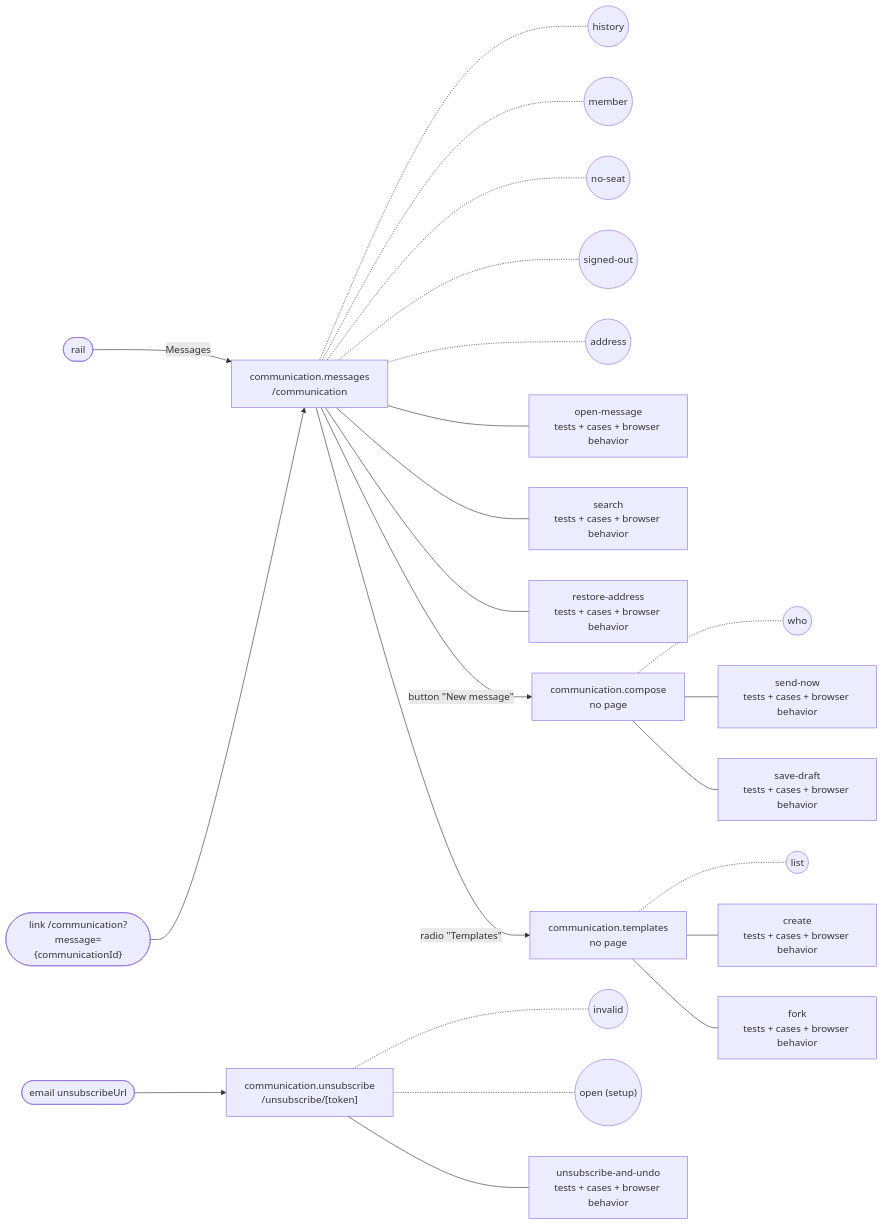
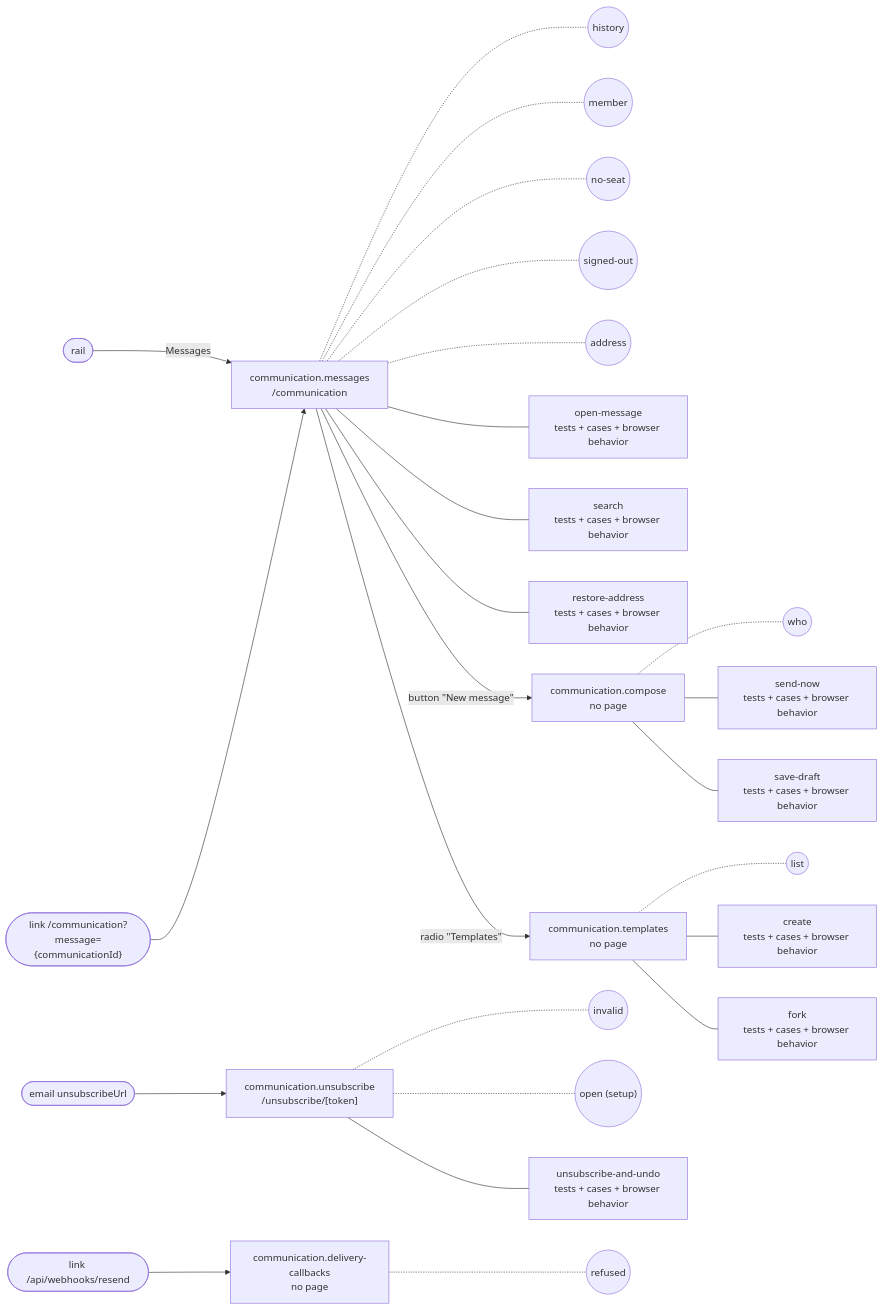
The diagram in docs/feature-maps/communication.md (SebastianGarces/everyfield), drawn with Mermaid before and after one commit. The commit also changed other lines of this file and 7 other files, not shown here.

First line of the commit message:
Feature maps: map /api/health, /api/webhooks/resend and /api/cron/access-retention (R-08, rule 8)

````diff
--- a/docs/feature-maps/communication.md
+++ b/docs/feature-maps/communication.md
@@ -6,32 +6,36 @@
 ```mermaid
 flowchart LR
   rail(["rail"])
   s0_link1(["link /communication?message={communicationId}"])
   s3_link0(["email unsubscribeUrl"])
+  s4_link0(["link /api/webhooks/resend"])
   s0["communication.messages<br/>/communication"]
   rail -- "Messages" --> s0
   s0_link1 --> s0
   s0 -.- s0_st0(("history"))
   s0 -.- s0_st1(("member"))
   s0 -.- s0_st2(("no-seat"))
   s0 -.- s0_st3(("signed-out"))
   s0 -.- s0_st4(("address"))
   s0 --- s0_b0["open-message<br/>tests + cases + browser behavior"]
   s0 --- s0_b1["search<br/>tests + cases + browser behavior"]
   s0 --- s0_b2["restore-address<br/>tests + cases + browser behavior"]
   s1["communication.compose<br/>no page"]
   s0 -- "button #quot;New message#quot;" --> s1
   s1 -.- s1_st0(("who"))
   s1 --- s1_b0["send-now<br/>tests + cases + browser behavior"]
   s1 --- s1_b1["save-draft<br/>tests + cases + browser behavior"]
   s2["communication.templates<br/>no page"]
   s0 -- "radio #quot;Templates#quot;" --> s2
   s2 -.- s2_st0(("list"))
   s2 --- s2_b0["create<br/>tests + cases + browser behavior"]
   s2 --- s2_b1["fork<br/>tests + cases + browser behavior"]
   s3["communication.unsubscribe<br/>/unsubscribe/[token]"]
   s3_link0 --> s3
   s3 -.- s3_st0(("invalid"))
   s3 -.- s3_st1(("open (setup)"))
   s3 --- s3_b0["unsubscribe-and-undo<br/>tests + cases + browser behavior"]
+  s4["communication.delivery-callbacks<br/>no page"]
+  s4_link0 --> s4
+  s4 -.- s4_st0(("refused"))
 ```
````
